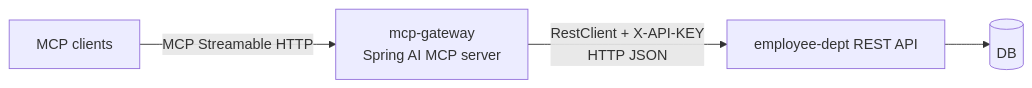
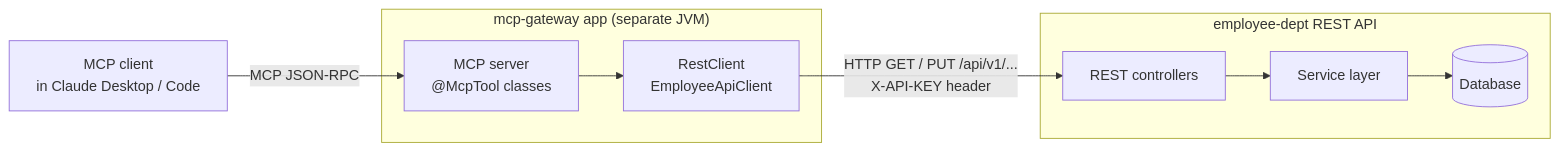
One commit to marripavankumar/RestAPIMCPDemo changed diagram 16 of 17 in docs/architecture/ARCHITECTURE.md. Above: the diagram before and after it, drawn with Mermaid. The commit also changed other lines of this file and 1 other file, not shown here.

Commit message:
docs: add MCP client/server placement and request-flow diagrams, detail gateway alternative

````diff
--- a/docs/architecture/ARCHITECTURE.md
+++ b/docs/architecture/ARCHITECTURE.md
@@ -753,6 +851,11 @@
 ```mermaid
 flowchart LR
-    MC["MCP clients"] -- "MCP Streamable HTTP" --> GW["mcp-gateway<br/>Spring AI MCP server"]
-    GW -- "RestClient + X-API-KEY<br/>HTTP JSON" --> API["employee-dept REST API"]
-    API --> DB[("DB")]
+    MC["MCP client<br/>in Claude Desktop / Code"] -- "MCP JSON-RPC" --> GW
+    subgraph GWApp["mcp-gateway app (separate JVM)"]
+        GW["MCP server<br/>@McpTool classes"] --> RC["RestClient<br/>EmployeeApiClient"]
+    end
+    RC -- "HTTP GET / PUT /api/v1/...<br/>X-API-KEY header" --> API
+    subgraph ApiApp["employee-dept REST API"]
+        API["REST controllers"] --> SVC["Service layer"] --> DB[("Database")]
+    end
 ```
````
